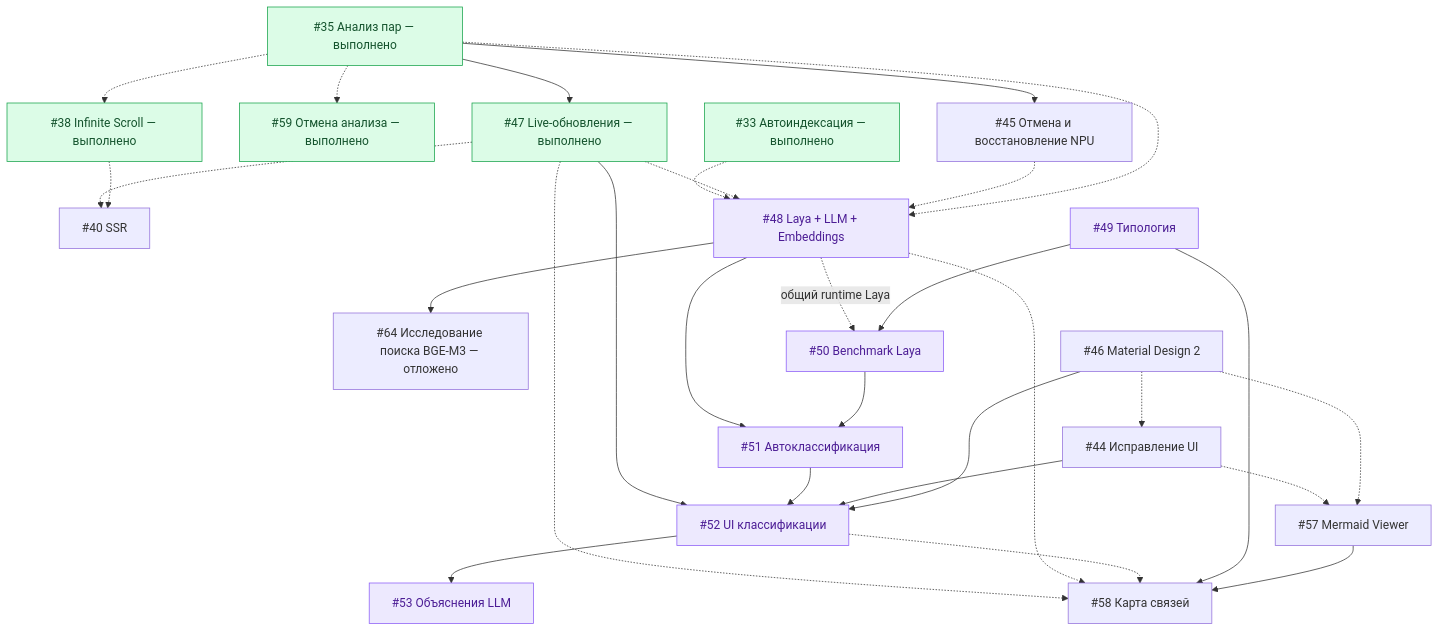
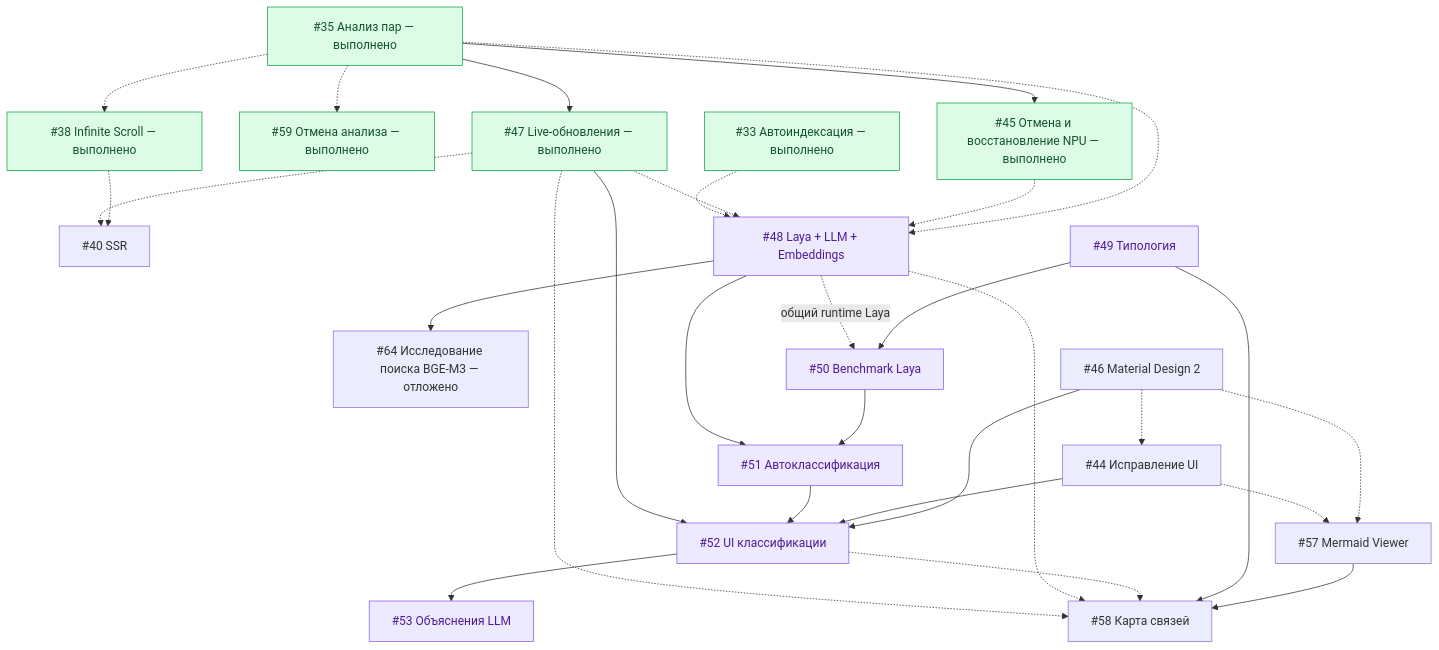
One commit to VolkovDani/project-creator changed the diagram in GOAL.md. Above: the diagram before and after it, drawn with Mermaid. The commit also changed other lines of this file, not shown here.

````diff
--- a/GOAL.md
+++ b/GOAL.md
@@ -215,45 +222,45 @@
 ```mermaid
 flowchart TD
     A["#35 Анализ пар — выполнено"]
-    A --> B["#45 Отмена и восстановление NPU"]
+    A --> B["#45 Отмена и восстановление NPU — выполнено"]
     A -.-> S["#59 Отмена анализа — выполнено"]
     A --> D["#47 Live-обновления — выполнено"]
     A -.-> G["#38 Infinite Scroll — выполнено"]
 
     G -.-> H["#40 SSR"]
     D -.-> H
 
     F["#33 Автоиндексация — выполнено"]
 
     A -.-> I["#48 Laya + LLM + Embeddings"]
     B -.-> I
     D -.-> I
     F -.-> I
     I --> T["#64 Исследование поиска BGE-M3 — отложено"]
 
     J["#49 Типология"] --> K["#50 Benchmark Laya"]
     I -.->|"общий runtime Laya"| K
     K --> L["#51 Автоклассификация"]
     I --> L
 
     M["#46 Material Design 2"] -.-> N["#44 Исправление UI"]
     M --> O["#52 UI классификации"]
     N --> O
     L --> O
     D --> O
 
     O --> P["#53 Объяснения LLM"]
 
     Q["#57 Mermaid Viewer"] --> R["#58 Карта связей"]
     J --> R
     O -.-> R
     I -.-> R
     D -.-> R
     M -.-> Q
     N -.-> Q
 
     classDef main fill:#dcfce7,stroke:#16a34a,color:#14532d
     classDef ai fill:#ede9fe,stroke:#8b5cf6,color:#4c1d95
-    class A,G,F,S,D main
+    class A,B,G,F,S,D main
     class I,J,K,L,O,P ai
 ```
````
